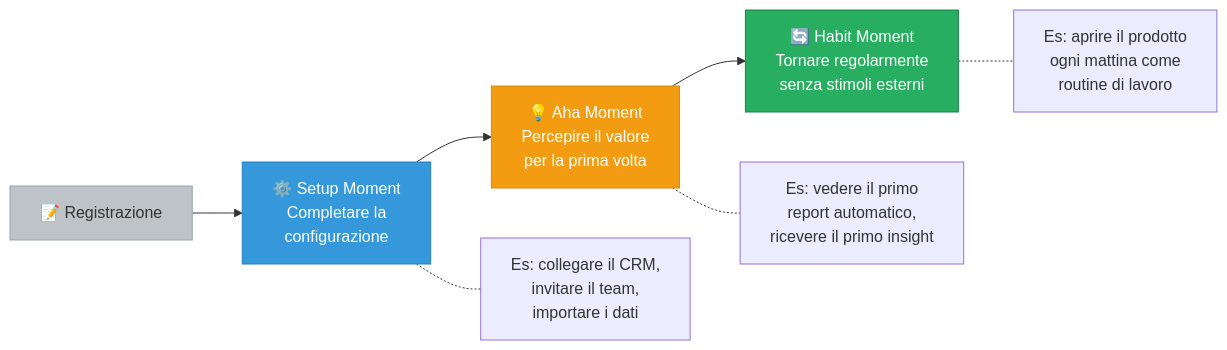
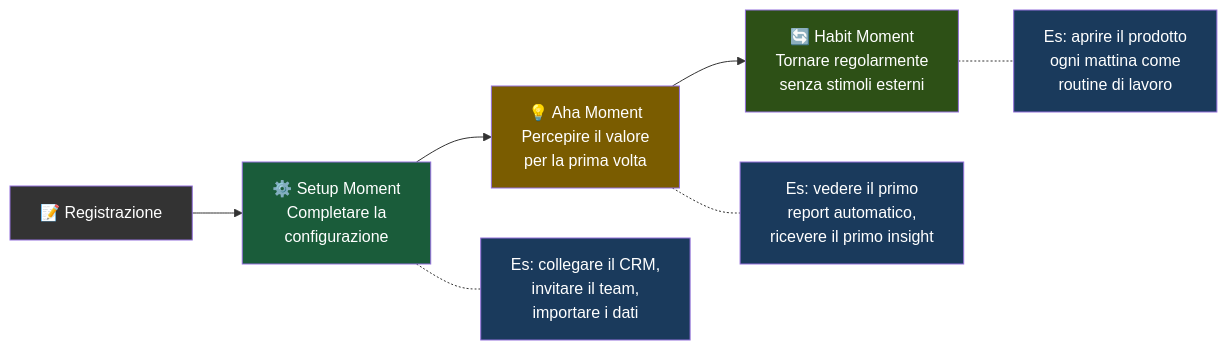
Before and after one commit to AndreyBertasini/gynnitech: the first of 4 diagrams in src/content/corso/analisi-prodotto/onboarding-attivazione.mdx, drawn with Mermaid. The commit also changed other lines of this file and 21 other files, not shown here.

First line of the commit message:
style: applica color scheme semantico a tutti i diagrammi Mermaid del corso

````diff
--- a/src/content/corso/analisi-prodotto/onboarding-attivazione.mdx
+++ b/src/content/corso/analisi-prodotto/onboarding-attivazione.mdx
@@ -21,13 +21,16 @@
 ```mermaid
 graph LR
     REG["📝 Registrazione"] --> SETUP["⚙️ Setup Moment\nCompletare la\nconfigurazione"]
     SETUP --> AHA["💡 Aha Moment\nPercepire il valore\nper la prima volta"]
     AHA --> HABIT["🔄 Habit Moment\nTornare regolarmente\nsenza stimoli esterni"]
     SETUP -.- S1["Es: collegare il CRM,\ninvitare il team,\nimportare i dati"]
     AHA -.- S2["Es: vedere il primo\nreport automatico,\nricevere il primo insight"]
     HABIT -.- S3["Es: aprire il prodotto\nogni mattina come\nroutine di lavoro"]
-    style REG fill:#bdc3c7,stroke:#95a5a6,color:#333
-    style SETUP fill:#3498db,stroke:#2980b9,color:#fff
-    style AHA fill:#f39c12,stroke:#d68910,color:#fff
-    style HABIT fill:#27ae60,stroke:#1e8449,color:#fff
+    style REG fill:#333333,color:#ffffff
+    style SETUP fill:#1a5c3a,color:#ffffff
+    style AHA fill:#7a5c00,color:#ffffff
+    style HABIT fill:#2d5016,color:#ffffff
+    style S1 fill:#1a3a5c,color:#ffffff
+    style S2 fill:#1a3a5c,color:#ffffff
+    style S3 fill:#1a3a5c,color:#ffffff
 ```
````
